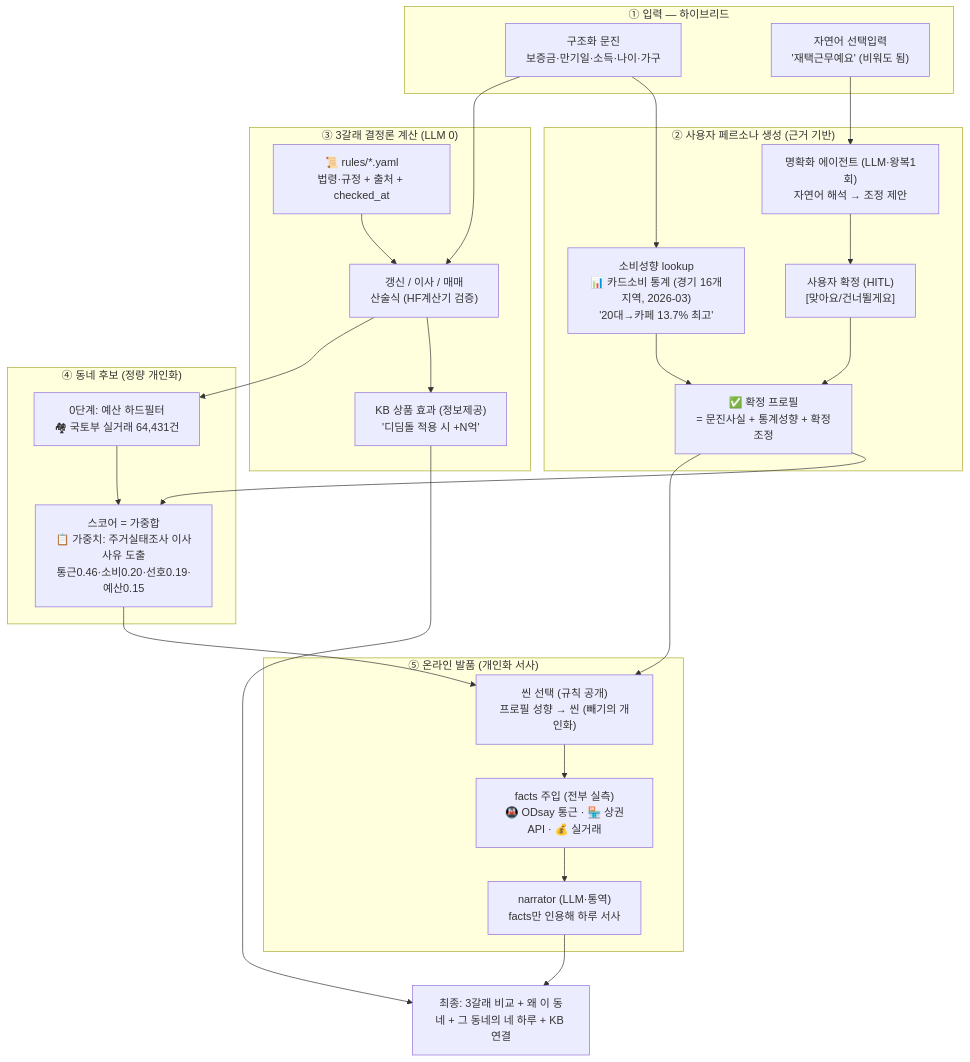
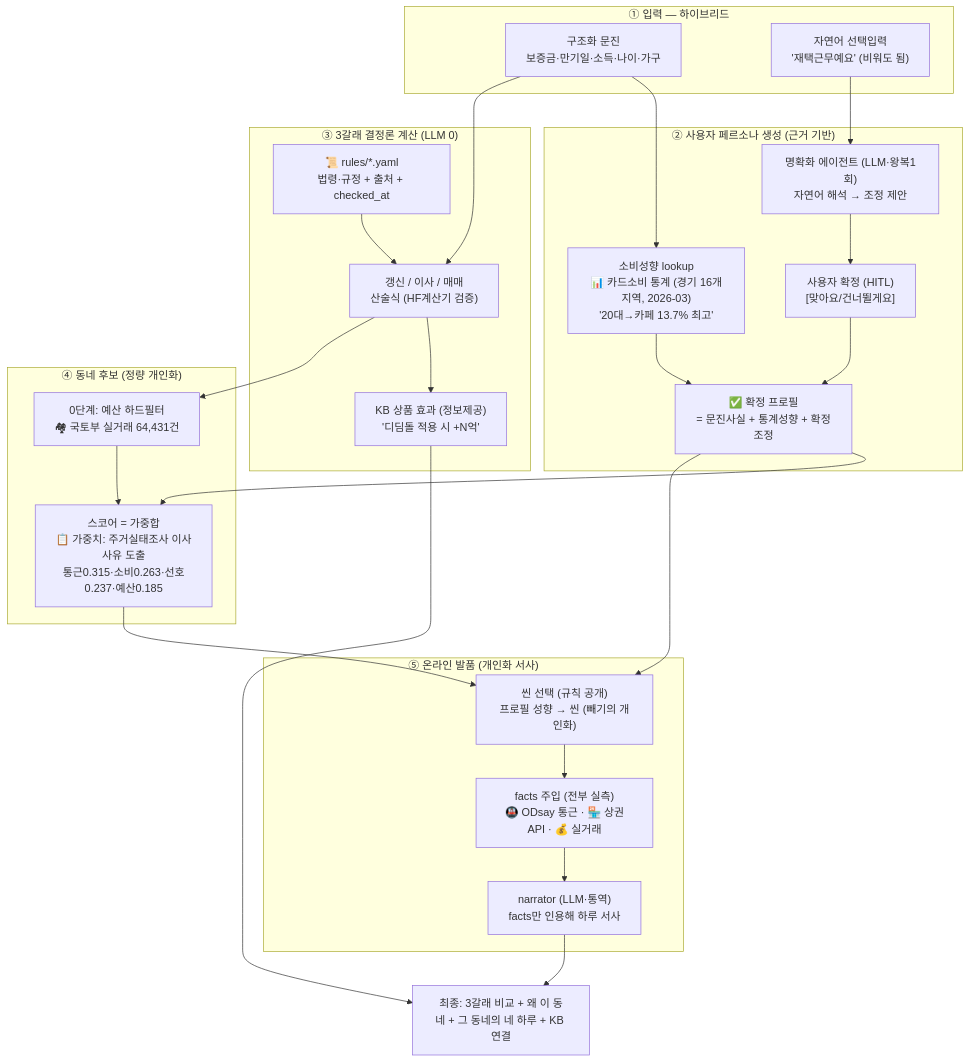
The first of 4 diagrams in docs/서비스_E2E_아키텍처.md (kb-manggi-zip/kb-manggi-zip), drawn with Mermaid before and after one commit. The commit also changed other lines of this file and 9 other files, not shown here.

````diff
--- a/docs/서비스_E2E_아키텍처.md
+++ b/docs/서비스_E2E_아키텍처.md
@@ -16,44 +16,44 @@
 ```mermaid
 flowchart TB
     subgraph INPUT["① 입력 — 하이브리드"]
         Q[구조화 문진<br/>보증금·만기일·소득·나이·가구]
         NL["자연어 선택입력<br/>'재택근무예요' (비워도 됨)"]
     end
 
     subgraph PERSONA["② 사용자 페르소나 생성 (근거 기반)"]
         LOOKUP["소비성향 lookup<br/>📊 카드소비 통계 (경기 16개지역, 2026-03)<br/>'20대→카페 13.7% 최고'"]
         CLAR["명확화 에이전트 (LLM·왕복1회)<br/>자연어 해석 → 조정 제안"]
         HITL["사용자 확정 (HITL)<br/>[맞아요/건너뛸게요]"]
         PROFILE["✅ 확정 프로필<br/>= 문진사실 + 통계성향 + 확정조정"]
     end
 
     subgraph CALC["③ 3갈래 결정론 계산 (LLM 0)"]
         RULES["📜 rules/*.yaml<br/>법령·규정 + 출처 + checked_at"]
         CMP["갱신 / 이사 / 매매<br/>산술식 (HF계산기 검증)"]
         KB["KB 상품 효과 (정보제공)<br/>'디딤돌 적용 시 +N억'"]
     end
 
     subgraph REGION["④ 동네 후보 (정량 개인화)"]
         FILTER["0단계: 예산 하드필터<br/>🏘 국토부 실거래 64,431건"]
-        SCORE["스코어 = 가중합<br/>📋 가중치: 주거실태조사 이사사유 도출<br/>통근0.46·소비0.20·선호0.19·예산0.15"]
+        SCORE["스코어 = 가중합<br/>📋 가중치: 주거실태조사 이사사유 도출<br/>통근0.315·소비0.263·선호0.237·예산0.185"]
     end
 
     subgraph WALK["⑤ 온라인 발품 (개인화 서사)"]
         SCENES["씬 선택 (규칙 공개)<br/>프로필 성향 → 씬 (빼기의 개인화)"]
         FACTS["facts 주입 (전부 실측)<br/>🚇 ODsay 통근 · 🏪 상권API · 💰 실거래"]
         NARR["narrator (LLM·통역)<br/>facts만 인용해 하루 서사"]
     end
 
     Q --> LOOKUP
     NL --> CLAR --> HITL --> PROFILE
     LOOKUP --> PROFILE
     Q --> CMP
     RULES --> CMP --> KB
     PROFILE --> SCORE
     CMP --> FILTER --> SCORE
     SCORE --> SCENES
     PROFILE --> SCENES
     SCENES --> FACTS --> NARR
     NARR --> OUT["최종: 3갈래 비교 + 왜 이 동네 + 그 동네의 네 하루 + KB 연결"]
     KB --> OUT
 ```
````
